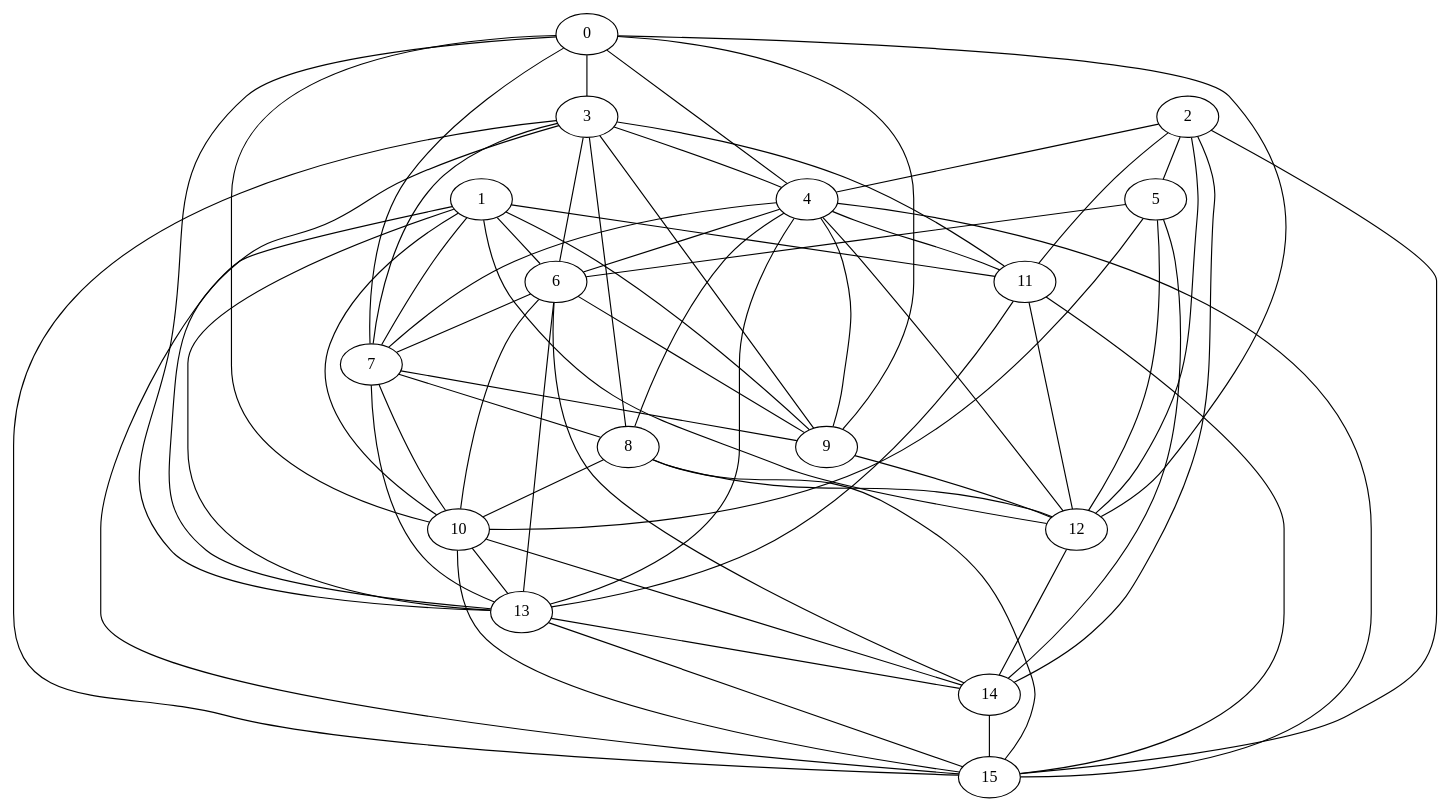
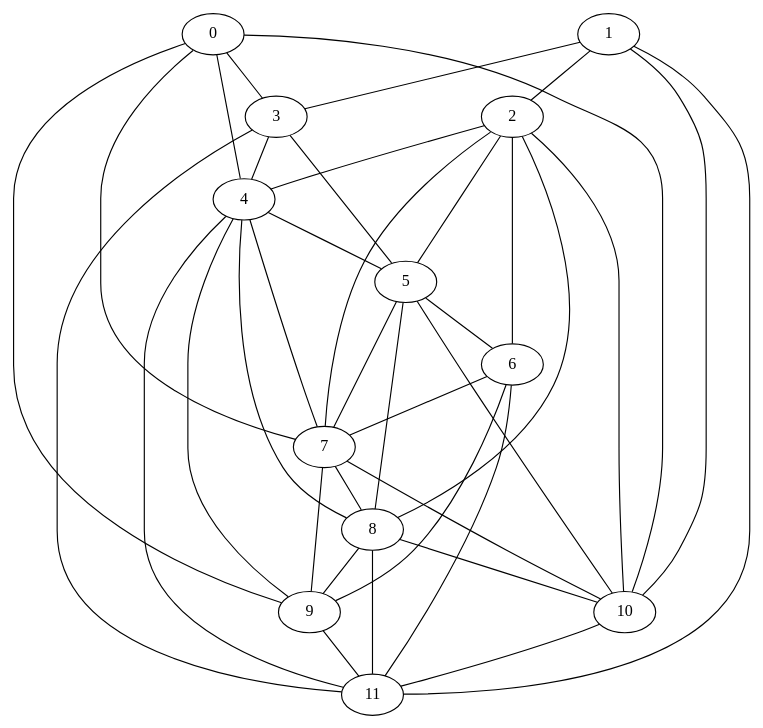
Before and after one commit to corentinckf/projetZ1: the diagram in partition/graph.dot, drawn with Graphviz. The commit also changed 9 other files, not shown here.

```diff
--- a/partition/graph.dot
+++ b/partition/graph.dot
@@ -1,82 +1,52 @@
 graph {
 	0
 	1
 	2
 	3
 	4
 	5
 	6
 	7
 	8
 	9
 	10
 	11
-	12
-	13
-	14
-	15
 	0 -- 3
 	0 -- 4
 	0 -- 7
 	0 -- 9
 	0 -- 10
-	0 -- 12
-	0 -- 13
-	1 -- 6
-	1 -- 7
-	1 -- 9
+	1 -- 2
+	1 -- 3
 	1 -- 10
 	1 -- 11
-	1 -- 12
-	1 -- 13
-	1 -- 15
 	2 -- 4
 	2 -- 5
-	2 -- 11
-	2 -- 12
-	2 -- 14
-	2 -- 15
+	2 -- 6
+	2 -- 7
+	2 -- 8
+	2 -- 10
 	3 -- 4
-	3 -- 6
-	3 -- 7
-	3 -- 8
-	3 -- 9
+	3 -- 5
 	3 -- 11
-	3 -- 13
-	3 -- 15
-	4 -- 6
+	4 -- 5
 	4 -- 7
 	4 -- 8
 	4 -- 9
 	4 -- 11
-	4 -- 12
-	4 -- 13
-	4 -- 15
 	5 -- 6
+	5 -- 7
+	5 -- 8
 	5 -- 10
-	5 -- 12
-	5 -- 14
 	6 -- 7
 	6 -- 9
-	6 -- 10
-	6 -- 13
-	6 -- 14
+	6 -- 11
 	7 -- 8
 	7 -- 9
 	7 -- 10
-	7 -- 13
+	8 -- 9
 	8 -- 10
-	8 -- 12
-	8 -- 15
-	9 -- 12
-	10 -- 13
-	10 -- 14
-	10 -- 15
-	11 -- 12
-	11 -- 13
-	11 -- 15
-	12 -- 14
-	13 -- 14
-	13 -- 15
-	14 -- 15
+	8 -- 11
+	9 -- 11
+	10 -- 11
 }
```
